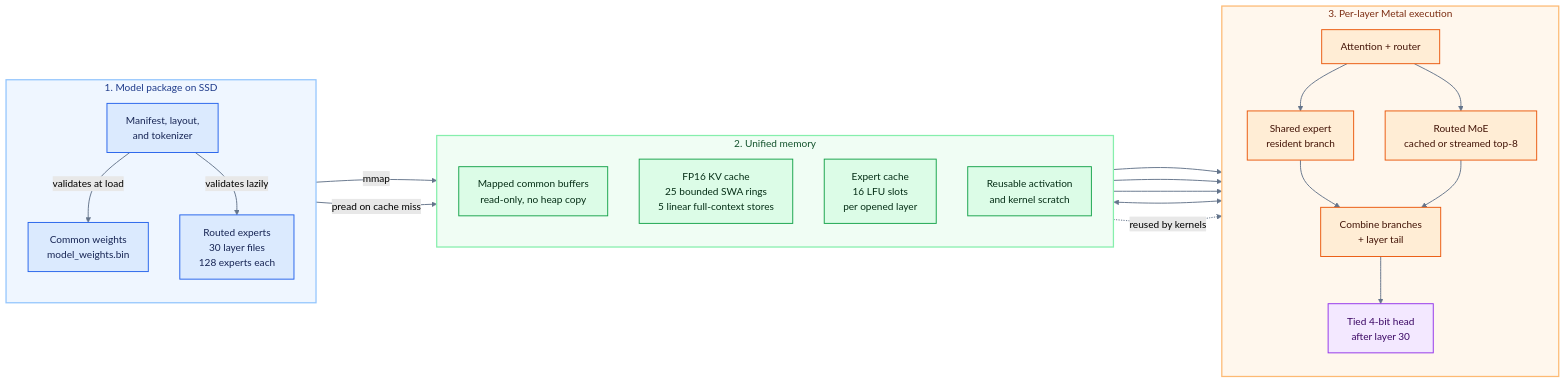
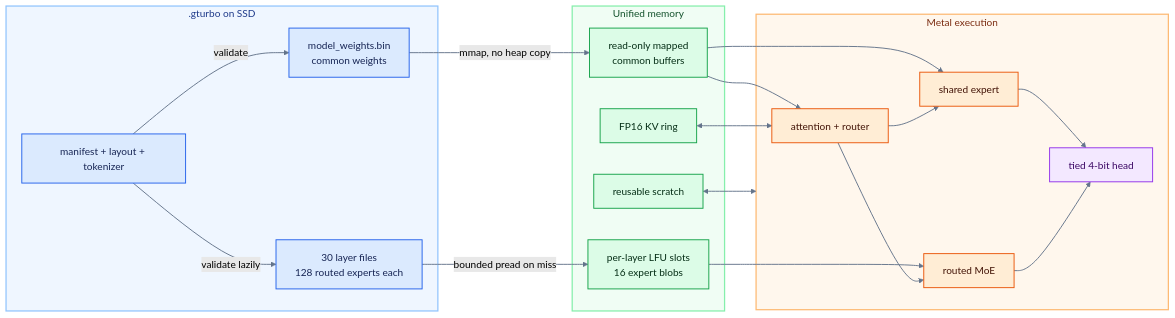
One commit to drumih/turbo-fieldfare changed the first of 2 diagrams in docs/SYSTEM_DESIGN.md. Above: the diagram before and after it, drawn with Mermaid (forest theme).

Commit message:
Restore stable system diagram layout

````diff
--- a/docs/SYSTEM_DESIGN.md
+++ b/docs/SYSTEM_DESIGN.md
@@ -165,56 +165,50 @@
 ```mermaid
 flowchart LR
-    subgraph Disk["1. Model package on SSD"]
-        direction TB
-        MF["Manifest, layout,\nand tokenizer"]
-        MW["Common weights\nmodel_weights.bin"]
-        LF["Routed experts\n30 layer files\n128 experts each"]
-        MF -->|validates at load| MW
-        MF -->|validates lazily| LF
+    subgraph Disk[".gturbo on SSD"]
+        MW["model_weights.bin\ncommon weights"]
+        LF["30 layer files\n128 routed experts each"]
+        MF["manifest + layout + tokenizer"]
     end
 
-    subgraph Memory["2. Unified memory"]
-        direction TB
-        RB["Mapped common buffers\nread-only, no heap copy"]
-        KV["FP16 KV cache\n25 bounded SWA rings\n5 linear full-context stores"]
-        EC["Expert cache\n16 LFU slots\nper opened layer"]
-        WS["Reusable activation\nand kernel scratch"]
+    subgraph Memory["Unified memory"]
+        RB["read-only mapped\ncommon buffers"]
+        EC["per-layer LFU slots\n16 expert blobs"]
+        KV["FP16 KV ring"]
+        WS["reusable scratch"]
     end
 
-    subgraph GPU["3. Per-layer Metal execution"]
-        direction TB
-        AT["Attention + router"]
-        SE["Shared expert\nresident branch"]
-        RE["Routed MoE\ncached or streamed top-8"]
-        T["Combine branches\n+ layer tail"]
-        HD["Tied 4-bit head\nafter layer 30"]
-
-        AT --> SE
-        AT --> RE
-        SE --> T
-        RE --> T
-        T --> HD
+    subgraph GPU["Metal execution"]
+        AT["attention + router"]
+        SE["shared expert"]
+        RE["routed MoE"]
+        HD["tied 4-bit head"]
     end
 
-    MW -->|mmap| RB
-    LF -->|pread on cache miss| EC
+    MF -->|validate| MW
+    MF -->|validate lazily| LF
+    MW -->|mmap, no heap copy| RB
+    LF -->|bounded pread on miss| EC
     RB --> AT
     RB --> SE
     EC --> RE
     KV <--> AT
-    WS -. reused by kernels .-> AT
+    WS <--> GPU
+    AT --> SE
+    AT --> RE
+    SE --> HD
+    RE --> HD
 
     classDef disk fill:#DBEAFE,stroke:#2563EB,color:#172554,stroke-width:1.5px;
     classDef memory fill:#DCFCE7,stroke:#16A34A,color:#052E16,stroke-width:1.5px;
     classDef compute fill:#FFEDD5,stroke:#EA580C,color:#431407,stroke-width:1.5px;
     classDef output fill:#F3E8FF,stroke:#9333EA,color:#3B0764,stroke-width:1.5px;
     class MF,MW,LF disk;
     class RB,KV,EC,WS memory;
-    class AT,SE,RE,T compute;
+    class AT,SE,RE compute;
     class HD output;
 
     style Disk fill:#EFF6FF,stroke:#93C5FD,color:#1E3A8A,stroke-width:2px
     style Memory fill:#F0FDF4,stroke:#86EFAC,color:#14532D,stroke-width:2px
     style GPU fill:#FFF7ED,stroke:#FDBA74,color:#7C2D12,stroke-width:2px
     linkStyle default stroke:#64748B,stroke-width:1.5px
 ```
````
